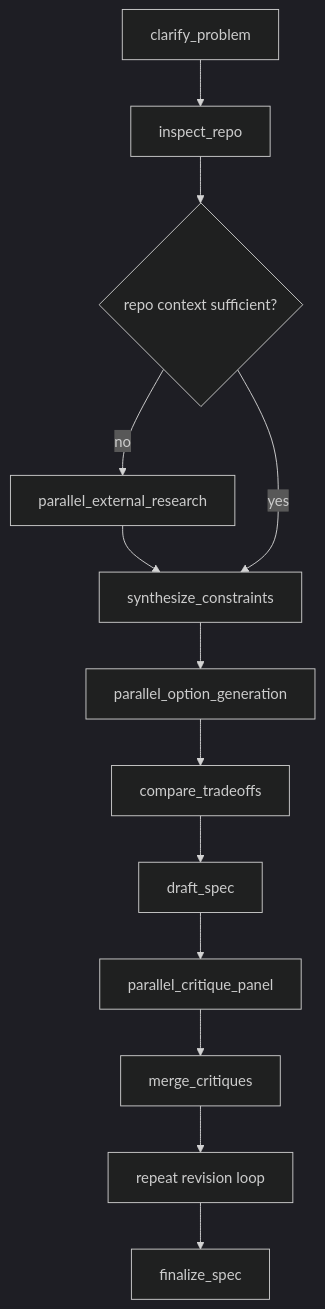
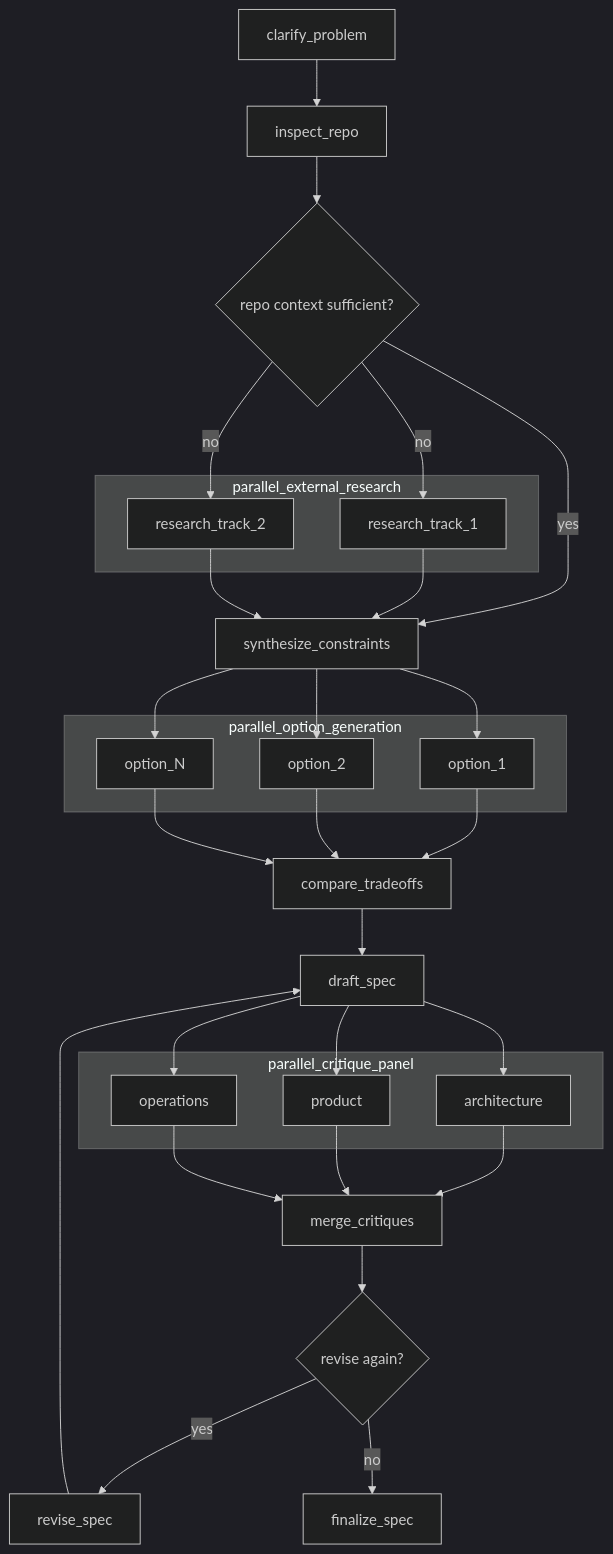
Before and after one commit to koji98/agentflow: the diagram in docs/SPEC_DESIGN_WORKFLOW.md, drawn with Mermaid (dark theme). The commit also changed 14 other files, not shown here.

````diff
--- a/docs/SPEC_DESIGN_WORKFLOW.md
+++ b/docs/SPEC_DESIGN_WORKFLOW.md
@@ -25,20 +25,55 @@
 ```mermaid
 flowchart TD
     clarify["clarify_problem"]
     inspect["inspect_repo"]
     gap{"repo context sufficient?"}
-    research["parallel_external_research"]
     constraints["synthesize_constraints"]
-    options["parallel_option_generation"]
     tradeoffs["compare_tradeoffs"]
     draft["draft_spec"]
-    critique["parallel_critique_panel"]
     merge["merge_critiques"]
-    revise["repeat revision loop"]
+    revise{"revise again?"}
+    reviseNode["revise_spec"]
     finalize["finalize_spec"]
 
+    subgraph research["parallel_external_research"]
+        er1["research_track_1"]
+        er2["research_track_2"]
+    end
+
+    subgraph options["parallel_option_generation"]
+        o1["option_1"]
+        o2["option_2"]
+        oN["option_N"]
+    end
+
+    subgraph critique["parallel_critique_panel"]
+        c1["architecture"]
+        c2["product"]
+        c3["operations"]
+    end
+
     clarify --> inspect --> gap
-    gap -->|no| research --> constraints
     gap -->|yes| constraints
-    constraints --> options --> tradeoffs --> draft --> critique --> merge --> revise --> finalize
+    gap -->|no| er1
+    gap -->|no| er2
+    er1 --> constraints
+    er2 --> constraints
+
+    constraints --> o1
+    constraints --> o2
+    constraints --> oN
+    o1 --> tradeoffs
+    o2 --> tradeoffs
+    oN --> tradeoffs
+
+    tradeoffs --> draft
+    draft --> c1
+    draft --> c2
+    draft --> c3
+    c1 --> merge
+    c2 --> merge
+    c3 --> merge
+    merge --> revise
+    revise -->|yes| reviseNode --> draft
+    revise -->|no| finalize
 ```
````
